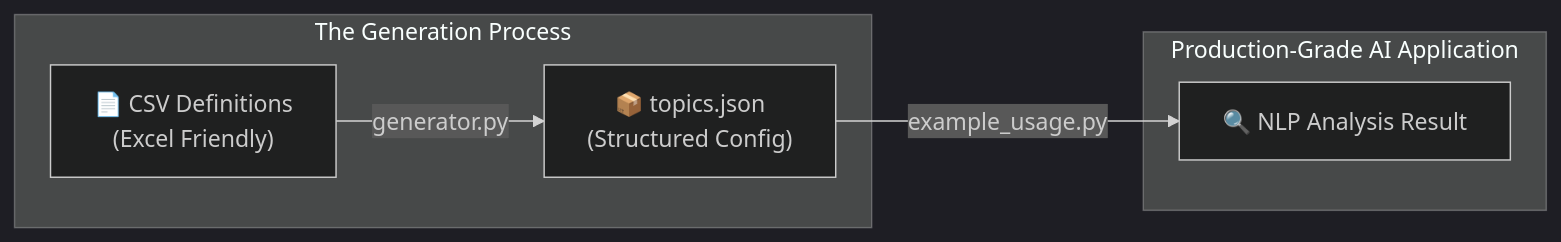
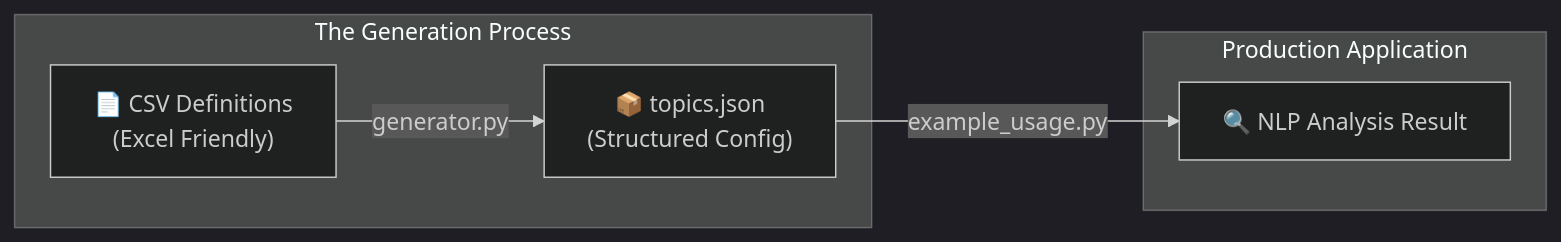
One commit to krichards-gr/issue-configs changed the first of 2 diagrams in README.md. Above: the diagram before and after it, drawn with Mermaid (dark theme). The commit also changed 1 other file, not shown here.

Commit message:
docs: updated readme language

````diff
--- a/README.md
+++ b/README.md
@@ -9,14 +9,14 @@
 ```mermaid
 graph LR
     CSV["📄 CSV Definitions<br/>(Excel Friendly)"] -- "generator.py" --> JSON["📦 topics.json<br/>(Structured Config)"]
     JSON -- "example_usage.py" --> Result["🔍 NLP Analysis Result"]
     
     subgraph "The Generation Process"
     CSV
     JSON
     end
     
-    subgraph "Production-Grade AI Application"
+    subgraph "Production Application"
     Result
     end
 ```
````
